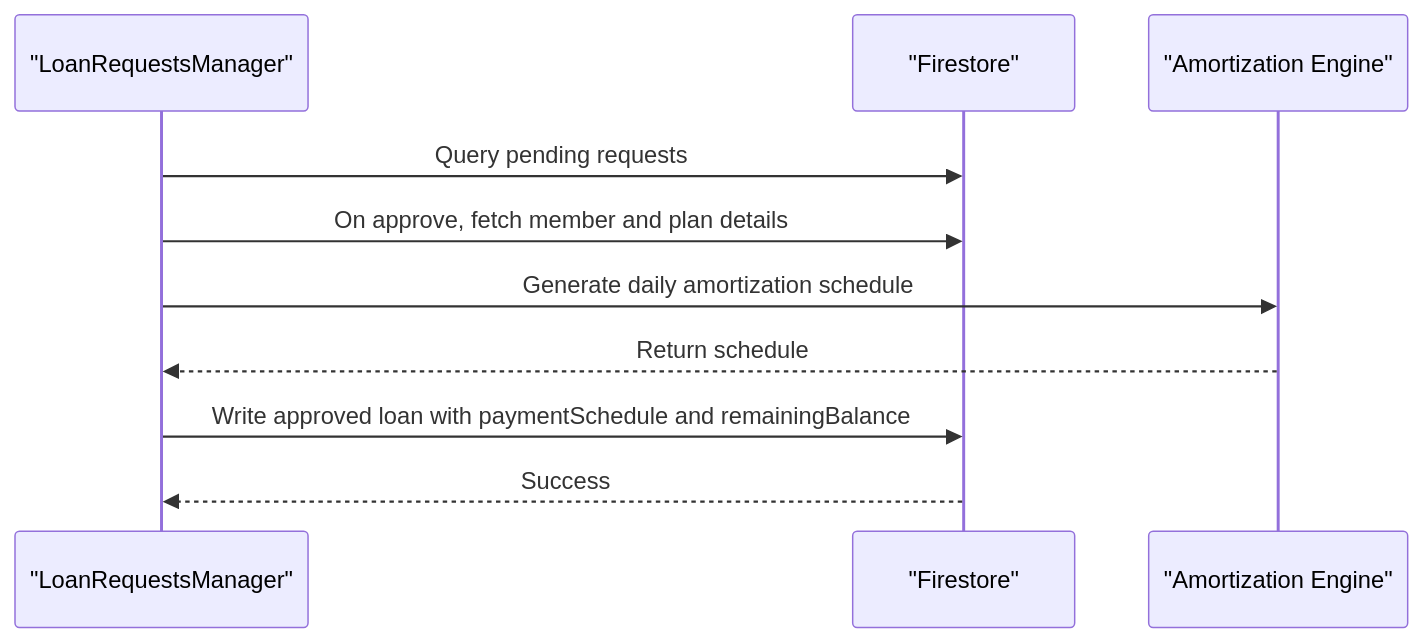
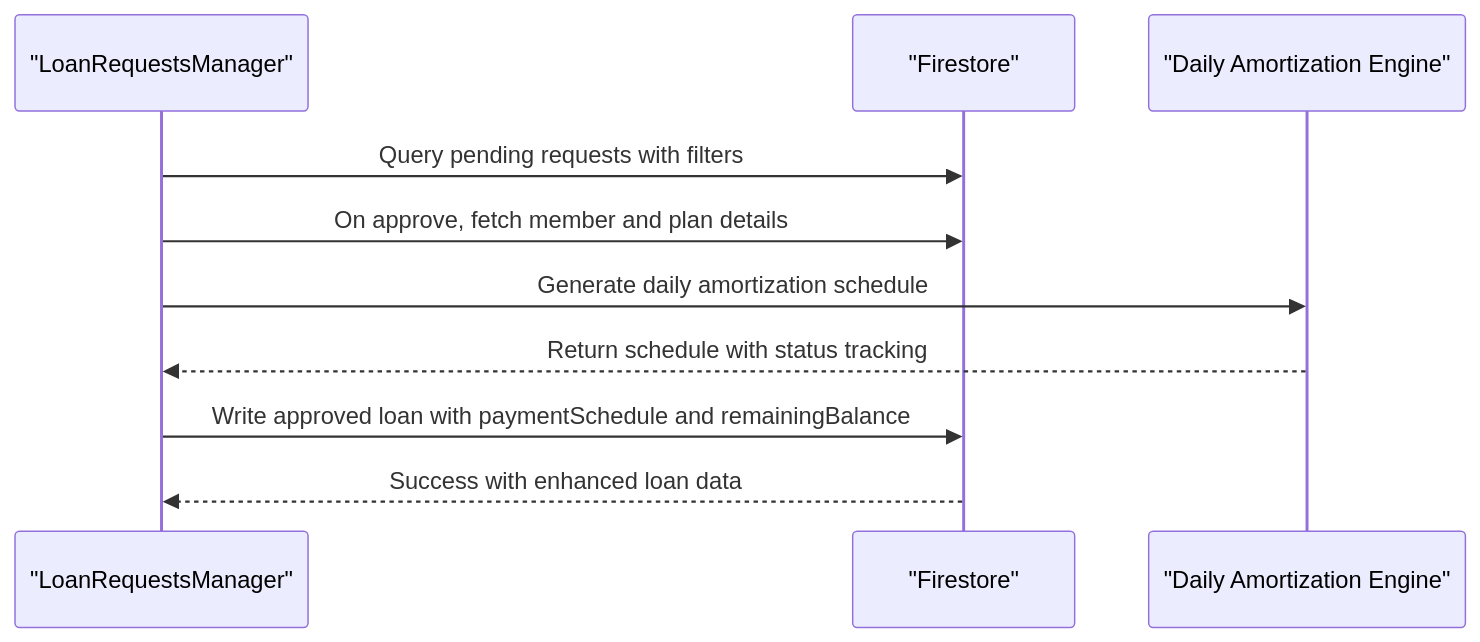
One commit to Unsure-bry/sampacoop_system changed the seventh of 8 diagrams in .qoder/repowiki/en/content/Loan Management System/Loan Repayment System.md. Above: the diagram before and after it, drawn with Mermaid. The commit also changed other lines of this file and 6 other files, not shown here.

````diff
--- a/.qoder/repowiki/en/content/Loan Management System/Loan Repayment System.md
+++ b/.qoder/repowiki/en/content/Loan Management System/Loan Repayment System.md
@@ -275,12 +298,12 @@
 ```mermaid
 sequenceDiagram
 participant Manager as "LoanRequestsManager"
 participant FS as "Firestore"
-participant Scheduler as "Amortization Engine"
-Manager->>FS : Query pending requests
+participant Scheduler as "Daily Amortization Engine"
+Manager->>FS : Query pending requests with filters
 Manager->>FS : On approve, fetch member and plan details
 Manager->>Scheduler : Generate daily amortization schedule
-Scheduler-->>Manager : Return schedule
+Scheduler-->>Manager : Return schedule with status tracking
 Manager->>FS : Write approved loan with paymentSchedule and remainingBalance
-FS-->>Manager : Success
+FS-->>Manager : Success with enhanced loan data
 ```
````
